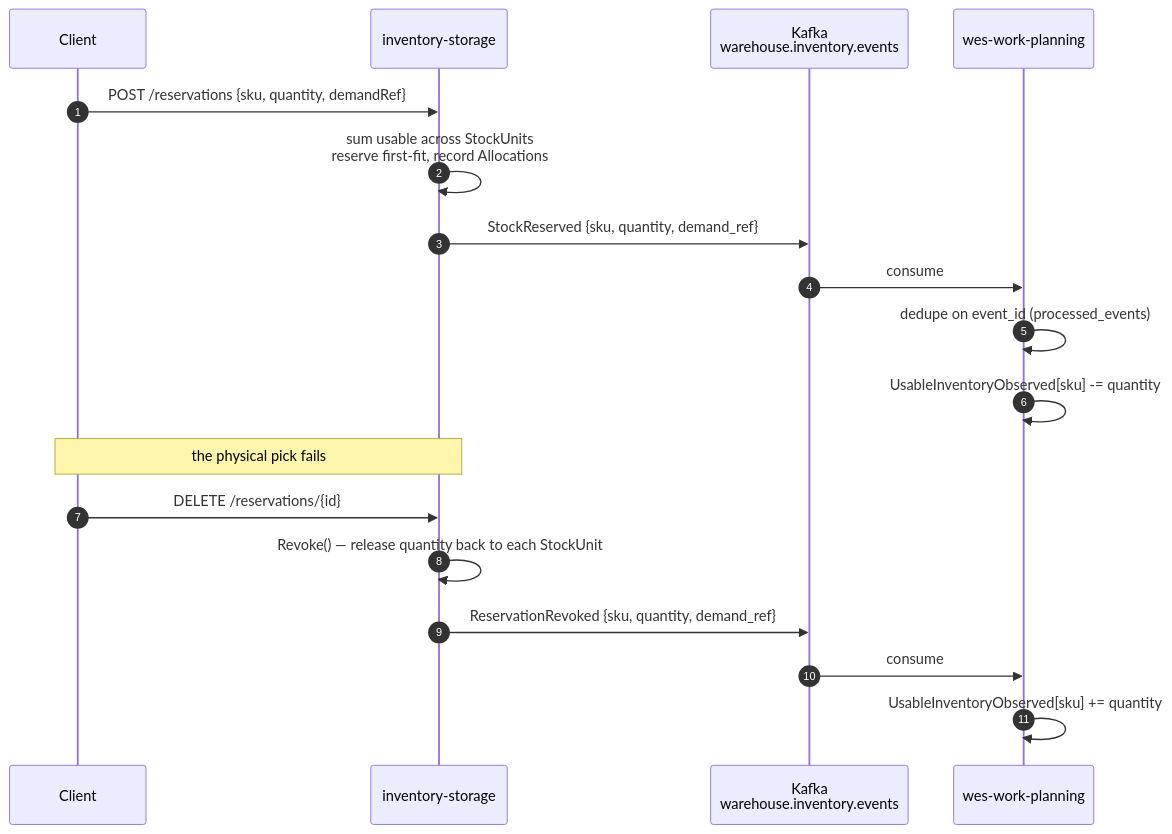
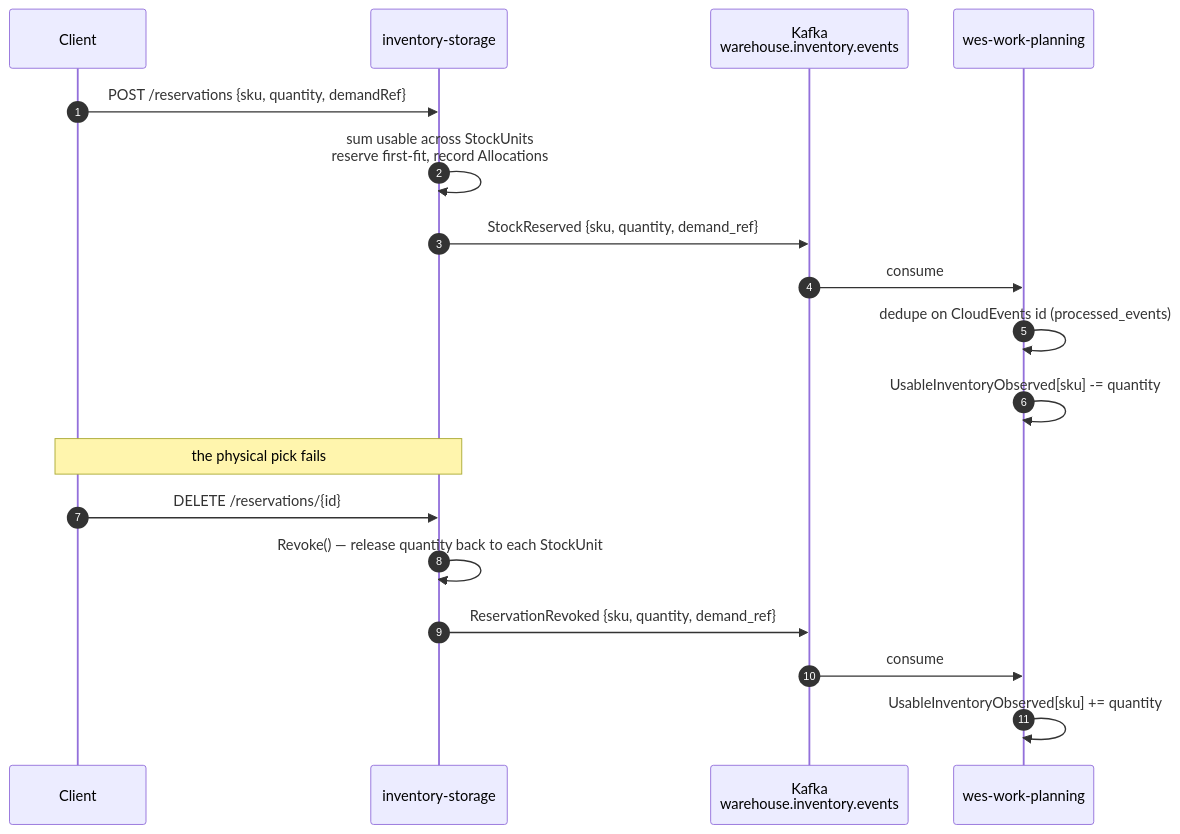
One commit to IQVO/warehouse-docs changed the diagram in docs/contexts/inventory-storage/async-api.md. Above: the diagram before and after it, drawn with Mermaid. The commit also changed other lines of this file and 22 other files, not shown here.

First line of the commit message:
docs(events): fleet Event Standard page (CloudEvents 1.0 mandatory) + remove flat-envelope docs

````diff
--- a/docs/contexts/inventory-storage/async-api.md
+++ b/docs/contexts/inventory-storage/async-api.md
@@ -154,22 +135,22 @@
 ```mermaid
 sequenceDiagram
     autonumber
     participant C as Client
     participant I as inventory-storage
     participant K as Kafka<br/>warehouse.inventory.events
     participant W as wes-work-planning
 
     C->>I: POST /reservations {sku, quantity, demandRef}
     I->>I: sum usable across StockUnits<br/>reserve first-fit, record Allocations
     I->>K: StockReserved {sku, quantity, demand_ref}
     K->>W: consume
-    W->>W: dedupe on event_id (processed_events)
+    W->>W: dedupe on CloudEvents id (processed_events)
     W->>W: UsableInventoryObserved[sku] -= quantity
 
     Note over C,I: the physical pick fails
     C->>I: DELETE /reservations/{id}
     I->>I: Revoke() — release quantity back to each StockUnit
     I->>K: ReservationRevoked {sku, quantity, demand_ref}
     K->>W: consume
     W->>W: UsableInventoryObserved[sku] += quantity
 ```
````
